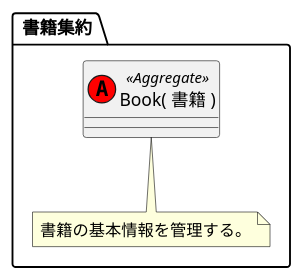
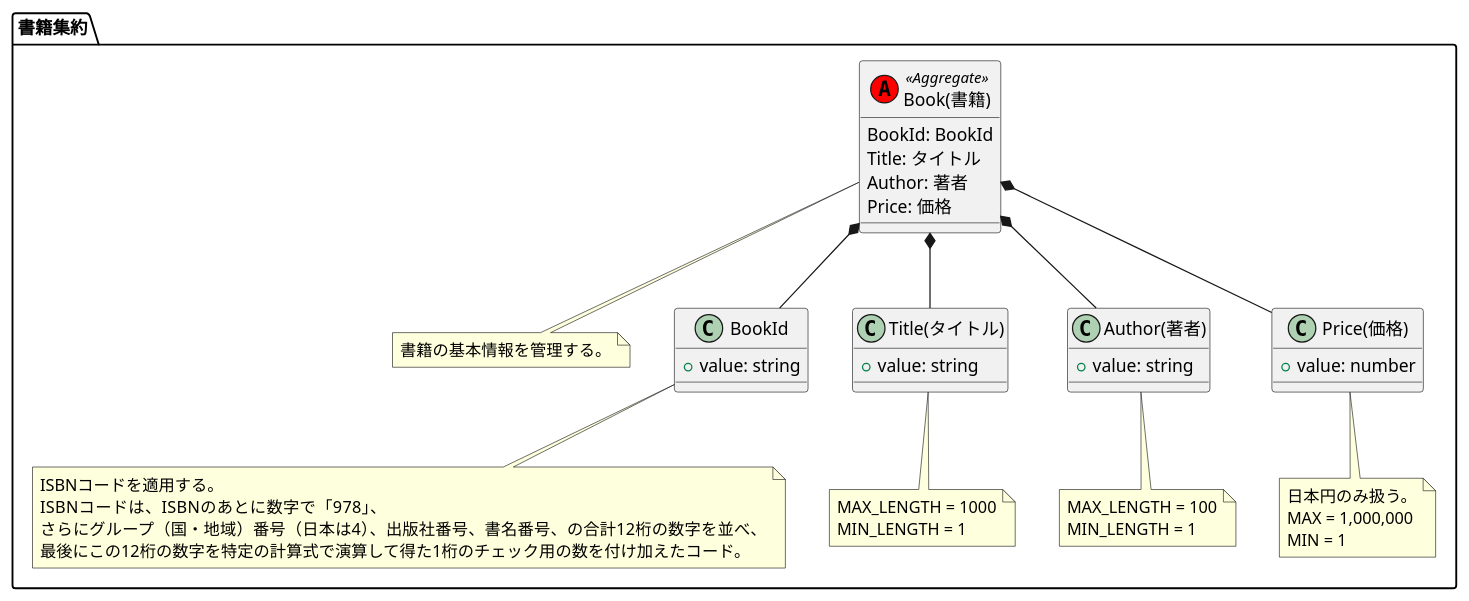
Before and after one commit to mendelssohnbach/CatalogService: the diagram in Domain/models/Book/Book.pu, drawn with PlantUML. The commit also changed 1 other file, not shown here.

Commit message:
P067 必要なインプットの特定

```diff
--- a/Domain/models/Book/Book.pu
+++ b/Domain/models/Book/Book.pu
@@ -1,10 +1,59 @@
-package " 書籍集約 " {
+package "書籍集約" {
     ' 1. 集約とポリシーの表現
-        class "Book( 書籍 )" as Book << (A,red) Aggregate >> {
+    class "Book(書籍)" as Book << (A,red) Aggregate >> {
+        BookId: BookId
+        Title: タイトル
+        Author: 著者
+        Price: 価格
     }
 
     ' 2. ビジネスルールの具体化
     note bottom of Book
         書籍の基本情報を管理する。
     end note
+
+    ' 3. 必要なインプットの特定
+    class "BookId" as BookId {
+        + value: string
+    }
+
+    class "Title(タイトル)" as Title {
+        + value: string
+    }
+
+    class "Author(著者)" as Author {
+        + value: string
+    }
+
+    class "Price(価格)" as Price {
+        + value: number
+    }
+
+    note bottom of BookId
+        ISBNコードを適用する。
+        ISBNコードは、ISBNのあとに数字で「978」、
+        さらにグループ（国・地域）番号（日本は4）、出版社番号、書名番号、の合計12桁の数字を並べ、
+        最後にこの12桁の数字を特定の計算式で演算して得た1桁のチェック用の数を付け加えたコード。
+    end note
+
+    note bottom of Title
+        MAX_LENGTH = 1000
+        MIN_LENGTH = 1
+    end note
+
+    note bottom of Author
+        MAX_LENGTH = 100
+        MIN_LENGTH = 1
+    end note
+
+    note bottom of Price
+        日本円のみ扱う。
+        MAX = 1,000,000
+        MIN = 1
+    end note
+
+    Book *-- BookId
+    Book *-- Title
+    Book *-- Author
+    Book *-- Price
 }
```
